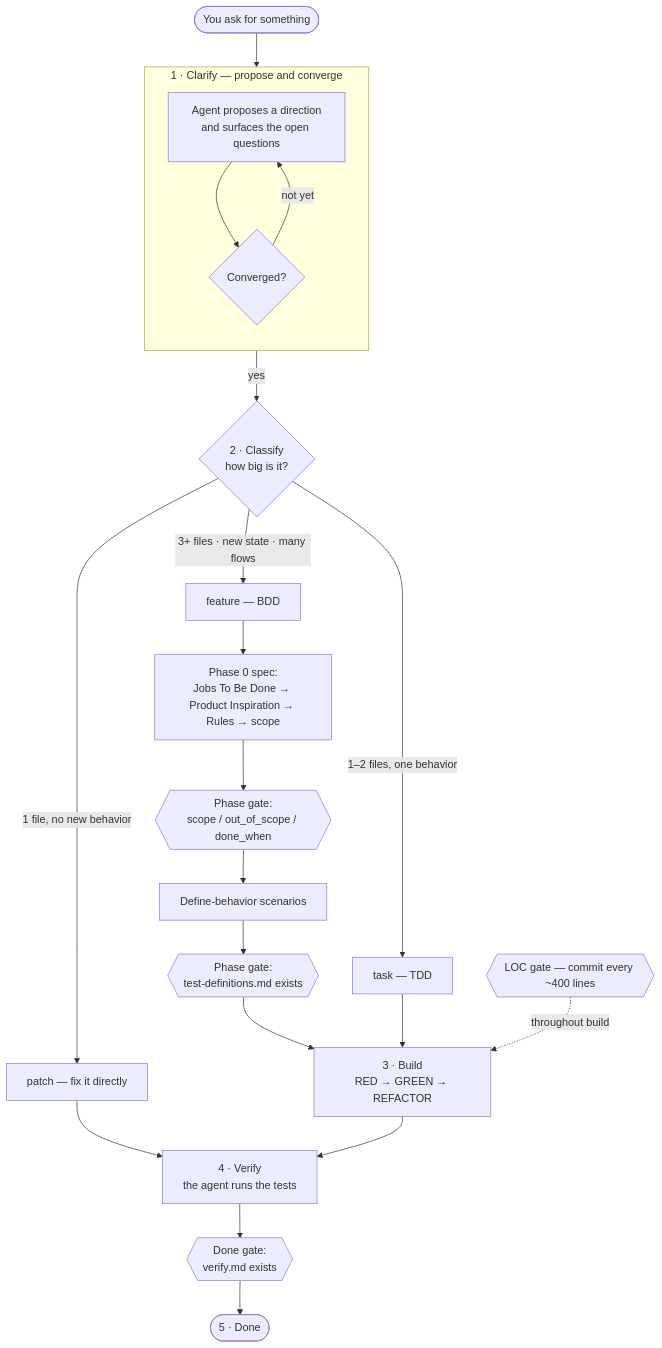
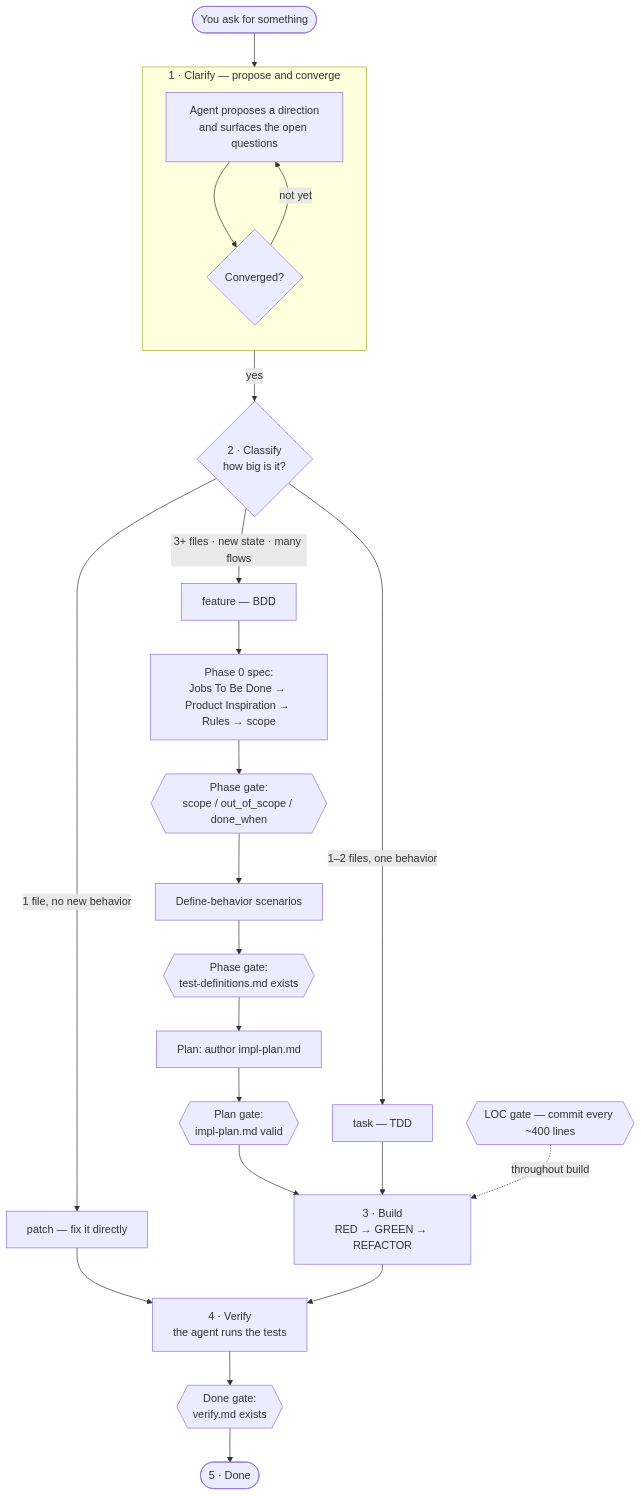
The diagram in README.md (ArcadeAI/safeword), drawn with Mermaid before and after one commit. The commit also changed other lines of this file and 183 other files, not shown here.

````diff
--- a/README.md
+++ b/README.md
@@ -125,34 +127,36 @@
 ```mermaid
 flowchart TD
     start([You ask for something])
     start --> propose
 
     subgraph clarify ["1 · Clarify — propose and converge"]
       direction TB
       propose["Agent proposes a direction<br/>and surfaces the open questions"]
       converged{"Converged?"}
       propose --> converged
       converged -->|"not yet"| propose
     end
 
     converged -->|"yes"| classify{"2 · Classify<br/>how big is it?"}
 
     classify -->|"1 file, no new behavior"| patch["patch — fix it directly"]
     classify -->|"1–2 files, one behavior"| task["task — TDD"]
     classify -->|"3+ files · new state · many flows"| feature["feature — BDD"]
 
     feature --> phase0["Phase 0 spec:<br/>Jobs To Be Done → Product Inspiration → Rules → scope"]
     phase0 --> g1{{"Phase gate:<br/>scope / out_of_scope / done_when"}}
     g1 --> scenarios["Define-behavior scenarios"]
     scenarios --> g2{{"Phase gate:<br/>test-definitions.md exists"}}
-    g2 --> build
+    g2 --> plan["Plan: author impl-plan.md"]
+    plan --> g4{{"Plan gate:<br/>impl-plan.md valid"}}
+    g4 --> build
 
     task --> build["3 · Build<br/>RED → GREEN → REFACTOR"]
     patch --> verify
 
     build --> verify["4 · Verify<br/>the agent runs the tests"]
     verify --> g3{{"Done gate:<br/>verify.md exists"}}
     g3 --> done([5 · Done])
 
     loc{{"LOC gate — commit every ~400 lines"}} -.->|throughout build| build
 ```
````
